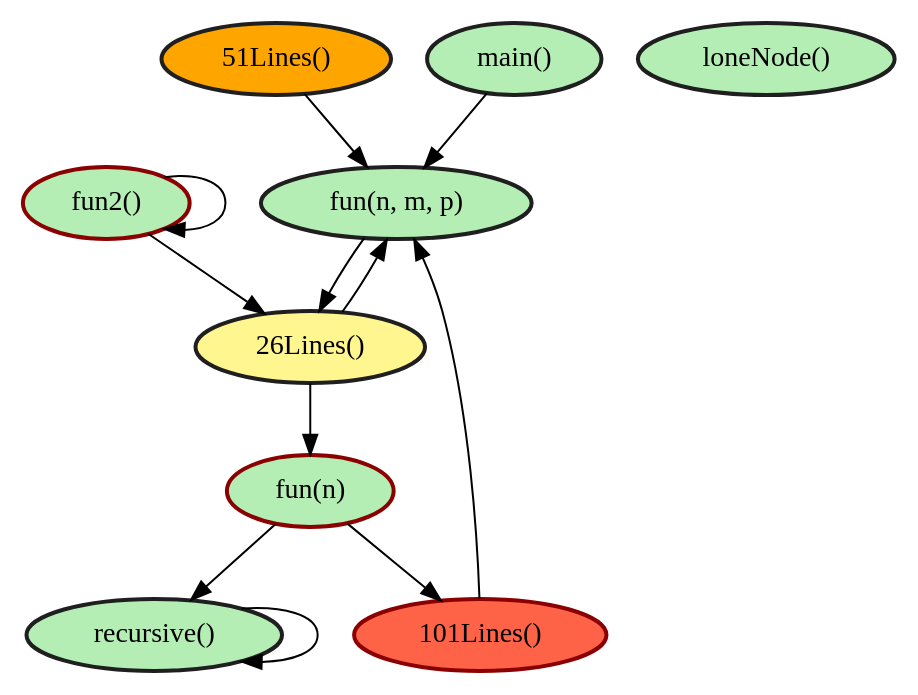
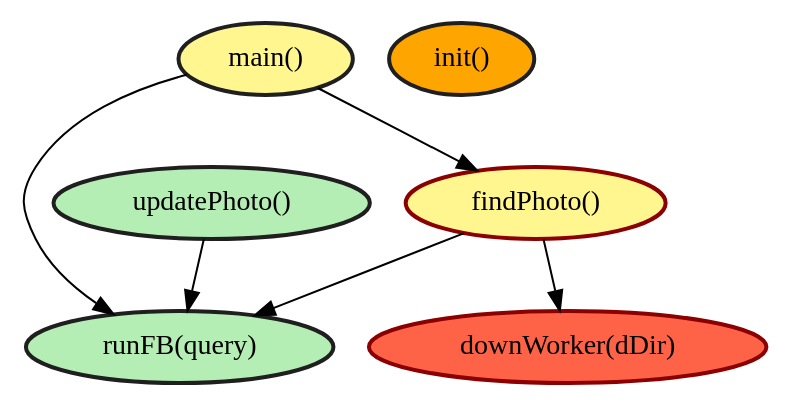
One commit to qstevens/CPSC410-Analysis-Visualizer changed the diagram in output.dot. Above: the diagram before and after it, drawn with Graphviz. The commit also changed 4 other files, not shown here.

```diff
--- a/output.dot
+++ b/output.dot
@@ -1,32 +1,20 @@
 digraph functionAnalysis {
-" fun(n, m, p)"[shape=oval penwidth=2  color=grey12 style=filled fillcolor=darkseagreen2] 
-" 51Lines()"->" fun(n, m, p)"
-" 26Lines()"->" fun(n, m, p)"
-" main()"->" fun(n, m, p)"
-" 101Lines()"->" fun(n, m, p)"
-" 26Lines()"[shape=oval penwidth=2  color=grey12 style=filled fillcolor=khaki1] 
-" fun(n, m, p)"->" 26Lines()"
-" fun2()"->" 26Lines()"
-" 101Lines()"[shape=oval penwidth=2  color=red4 style=filled fillcolor=tomato] 
-" fun(n)"->" 101Lines()"
-" recursive()"[shape=oval penwidth=2  color=grey12 style=filled fillcolor=darkseagreen2] 
-" recursive()"->" recursive()"
-" fun(n)"->" recursive()"
-" fun(n)"[shape=oval penwidth=2  color=red4 style=filled fillcolor=darkseagreen2] 
-" 26Lines()"->" fun(n)"
-" fun2()"[shape=oval penwidth=2  color=red4 style=filled fillcolor=darkseagreen2] 
-" fun2()"->" fun2()"
-" fun2()"[shape=oval penwidth=2  color=red4 style=filled fillcolor=darkseagreen2] 
-" loneNode()"[shape=oval penwidth=2  color=grey12 style=filled fillcolor=darkseagreen2] 
-" loneNode()"
-" main()"[shape=oval penwidth=2  color=grey12 style=filled fillcolor=darkseagreen2] 
+" runFB(query)"[shape=oval penwidth=2  color=grey12 style=filled fillcolor=darkseagreen2] 
+" main()"->" runFB(query)"
+" findPhoto()"->" runFB(query)"
+" updatePhoto()"->" runFB(query)"
+" findPhoto()"[shape=oval penwidth=2  color=red4 style=filled fillcolor=khaki1] 
+" main()"->" findPhoto()"
+" downWorker(dDir)"[shape=oval penwidth=2  color=red4 style=filled fillcolor=tomato] 
+" findPhoto()"->" downWorker(dDir)"
+" downWorker(dDir)"[shape=oval penwidth=2  color=red4 style=filled fillcolor=tomato] 
+" runFB(query)"[shape=oval penwidth=2  color=grey12 style=filled fillcolor=darkseagreen2] 
+" init()"[shape=oval penwidth=2  color=grey12 style=filled fillcolor=orange] 
+" init()"
+" main()"[shape=oval penwidth=2  color=grey12 style=filled fillcolor=khaki1] 
 " main()"
-" fun(n, m, p)"[shape=oval penwidth=2  color=grey12 style=filled fillcolor=darkseagreen2] 
-" 26Lines()"[shape=oval penwidth=2  color=grey12 style=filled fillcolor=khaki1] 
-" fun(n)"[shape=oval penwidth=2  color=red4 style=filled fillcolor=darkseagreen2] 
-" 51Lines()"[shape=oval penwidth=2  color=grey12 style=filled fillcolor=orange] 
-" 51Lines()"
-" recursive()"[shape=oval penwidth=2  color=grey12 style=filled fillcolor=darkseagreen2] 
-" 101Lines()"[shape=oval penwidth=2  color=red4 style=filled fillcolor=tomato] 
+" findPhoto()"[shape=oval penwidth=2  color=red4 style=filled fillcolor=khaki1] 
+" updatePhoto()"[shape=oval penwidth=2  color=grey12 style=filled fillcolor=darkseagreen2] 
+" updatePhoto()"
 
 }
```
